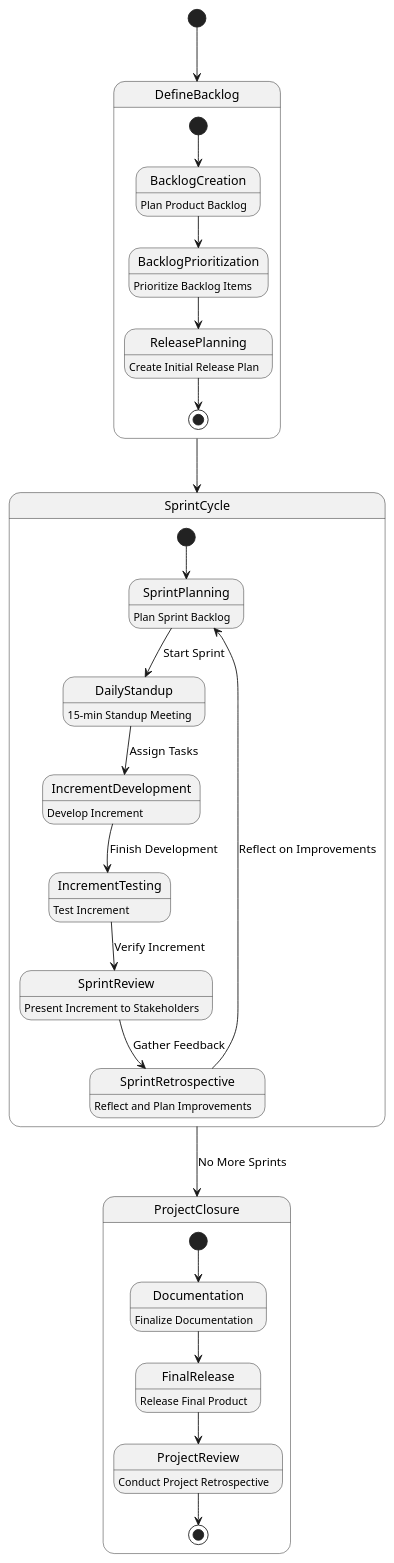
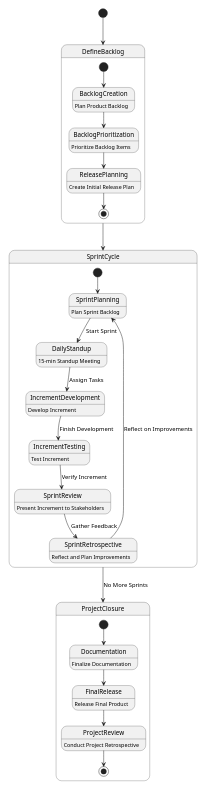
The diagram in docs/software-processes/project-management.md (mrzzy/ntu-sc2006-notes), drawn with PlantUML before and after one commit.

Commit message:
fix: diagram for scrum overflows pdf

````diff
--- a/docs/software-processes/project-management.md
+++ b/docs/software-processes/project-management.md
@@ -7,47 +7,49 @@
 ```plantuml
 @startuml
+' scale down diagram to get it fit within a single a4 page
+scale 0.5
 [*] --> DefineBacklog
 
 state DefineBacklog {
     BacklogCreation : Plan Product Backlog
     BacklogPrioritization : Prioritize Backlog Items
     ReleasePlanning : Create Initial Release Plan
 
     [*] --> BacklogCreation
     BacklogCreation --> BacklogPrioritization
     BacklogPrioritization --> ReleasePlanning
     ReleasePlanning --> [*]
 }
 DefineBacklog --> SprintCycle
 
 state SprintCycle {
     SprintPlanning : Plan Sprint Backlog
     DailyStandup : 15-min Standup Meeting
     IncrementDevelopment : Develop Increment
     IncrementTesting : Test Increment
     SprintReview : Present Increment to Stakeholders
     SprintRetrospective : Reflect and Plan Improvements
 
     [*] --> SprintPlanning
     SprintPlanning --> DailyStandup : Start Sprint
     DailyStandup --> IncrementDevelopment : Assign Tasks
     IncrementDevelopment --> IncrementTesting : Finish Development
     IncrementTesting --> SprintReview : Verify Increment
     SprintReview --> SprintRetrospective : Gather Feedback
     SprintRetrospective --> SprintPlanning : Reflect on Improvements
 }
 SprintCycle --> ProjectClosure : No More Sprints
 
 state ProjectClosure {
     Documentation : Finalize Documentation
     FinalRelease : Release Final Product
     ProjectReview : Conduct Project Retrospective
 
     [*] --> Documentation
     Documentation --> FinalRelease
     FinalRelease --> ProjectReview
     ProjectReview --> [*]
 }
 
 @enduml
 ```
````
